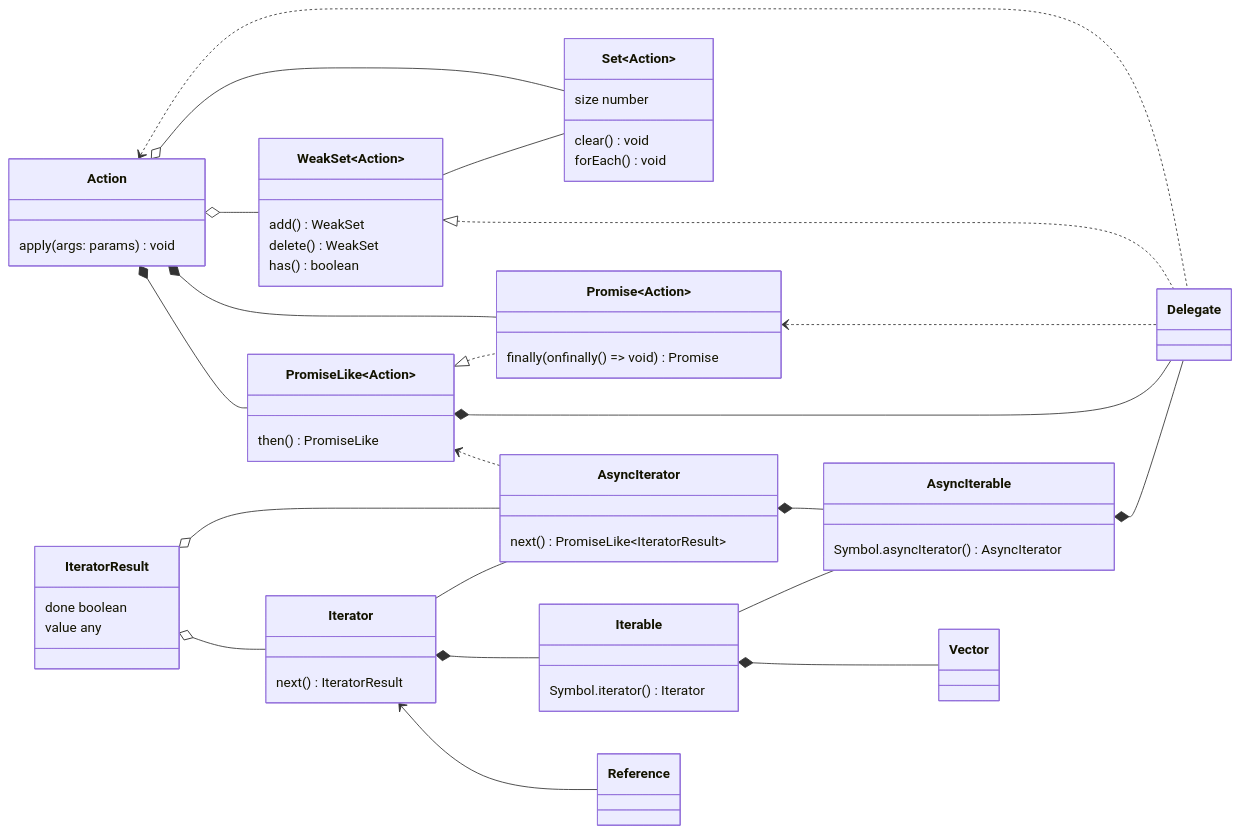
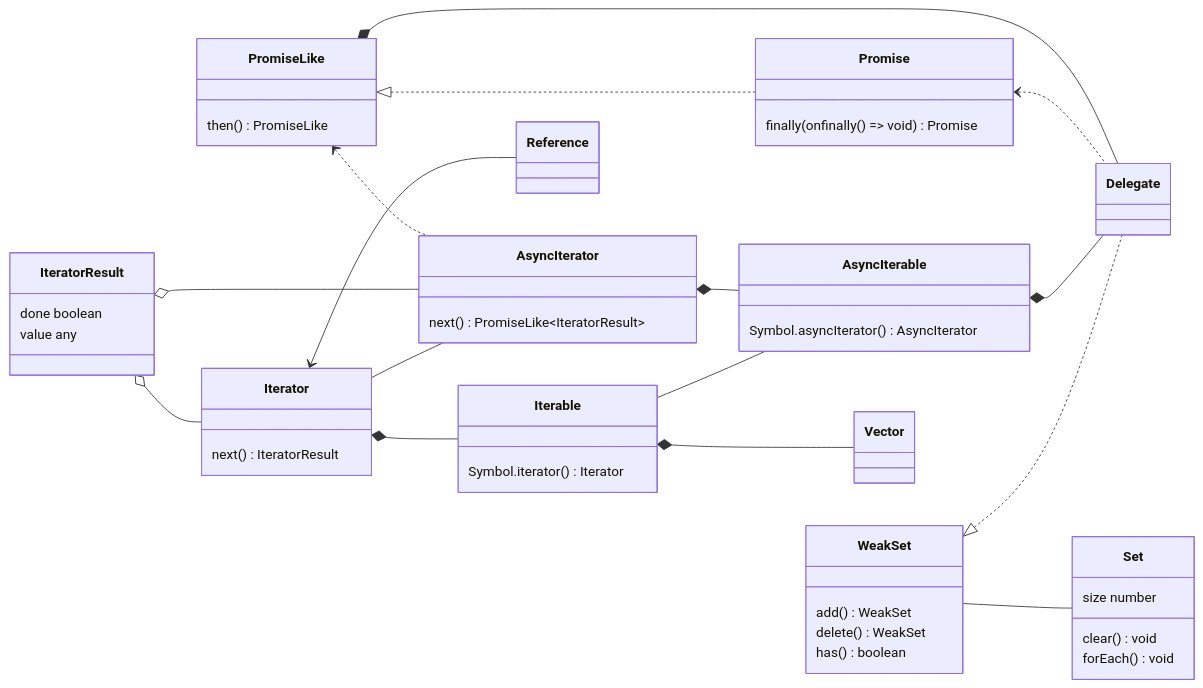
The diagram in README.md (domrally/peekeasy), drawn with Mermaid before and after one commit. The commit also changed other lines of this file and 21 other files, not shown here.

```diff
--- a/README.md
+++ b/README.md
@@ -175,10 +175,10 @@
 classDiagram
     direction LR
 
-    PromiseLike~Action~ <|.. Promise~Action~
-    PromiseLike~Action~ *-- Delegate
-    Promise~Action~ <.. Delegate
-    PromiseLike~Action~ <.. AsyncIterator
+    PromiseLike <|.. Promise
+    PromiseLike *-- Delegate
+    Promise <.. Delegate
+    PromiseLike <.. AsyncIterator
     IteratorResult o-- AsyncIterator
     Iterator -- AsyncIterator
     AsyncIterator *-- AsyncIterable
@@ -186,13 +186,8 @@
     AsyncIterable *-- Delegate
     IteratorResult o-- Iterator
     Iterator *-- Iterable
-    Action <.. Delegate
-    WeakSet~Action~ -- Set~Action~
-    WeakSet~Action~ <|.. Delegate
-	 Action o-- Set~Action~
-	 Action o-- WeakSet~Action~
-	 Action *-- Promise~Action~
-	 Action *-- PromiseLike~Action~
+    WeakSet -- Set
+    WeakSet <|.. Delegate
     Iterator <-- Reference
     Iterable *-- Vector
 
@@ -217,12 +212,12 @@
         next() PromiseLike~IteratorResult~
     }
 
-    class PromiseLike~Action~ {
+    class PromiseLike {
         then() PromiseLike
     }
 	 link PromiseLike "https://microsoft.github.io/PowerBI-JavaScript/interfaces/_node_modules_typedoc_node_modules_typescript_lib_lib_es5_d_.promiselike.html" "PromiseLike"
 
-    class Promise~Action~ {
+    class Promise {
         finally(onfinally () => void) Promise
     }
 	 link Promise "https://developer.mozilla.org/en-US/docs/Web/JavaScript/Reference/Global_Objects/Promise" "Promise"
@@ -241,11 +236,6 @@
     }
     link Set "https://developer.mozilla.org/en-US/docs/Web/JavaScript/Reference/Global_Objects/Set" "Set"
 
-    class Action {
-        apply(args: params) void
-    }
-	 link Action "https://github.com/domrally/peekeasy/blob/main/src/action.ts" "action.ts"
-
     class Delegate
     link Delegate "https://github.com/domrally/peekeasy/blob/main/src/delegate.ts" "delegate.ts"
 
```
